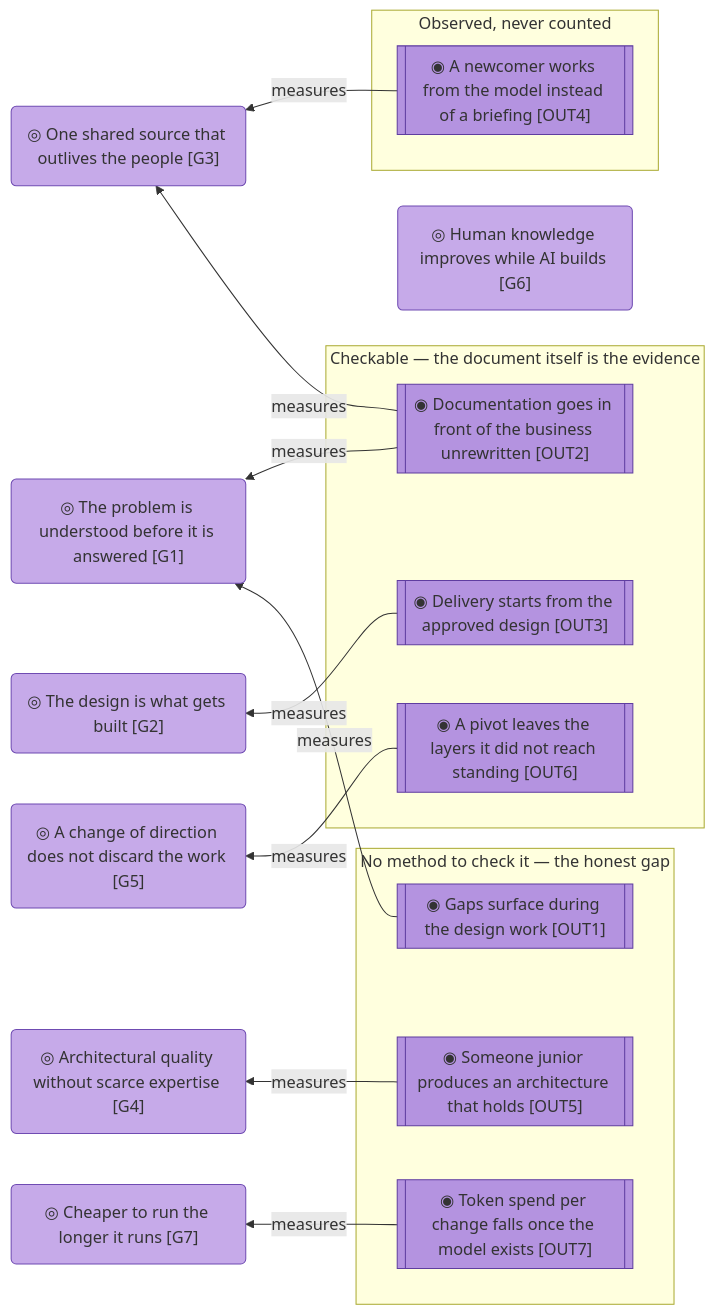
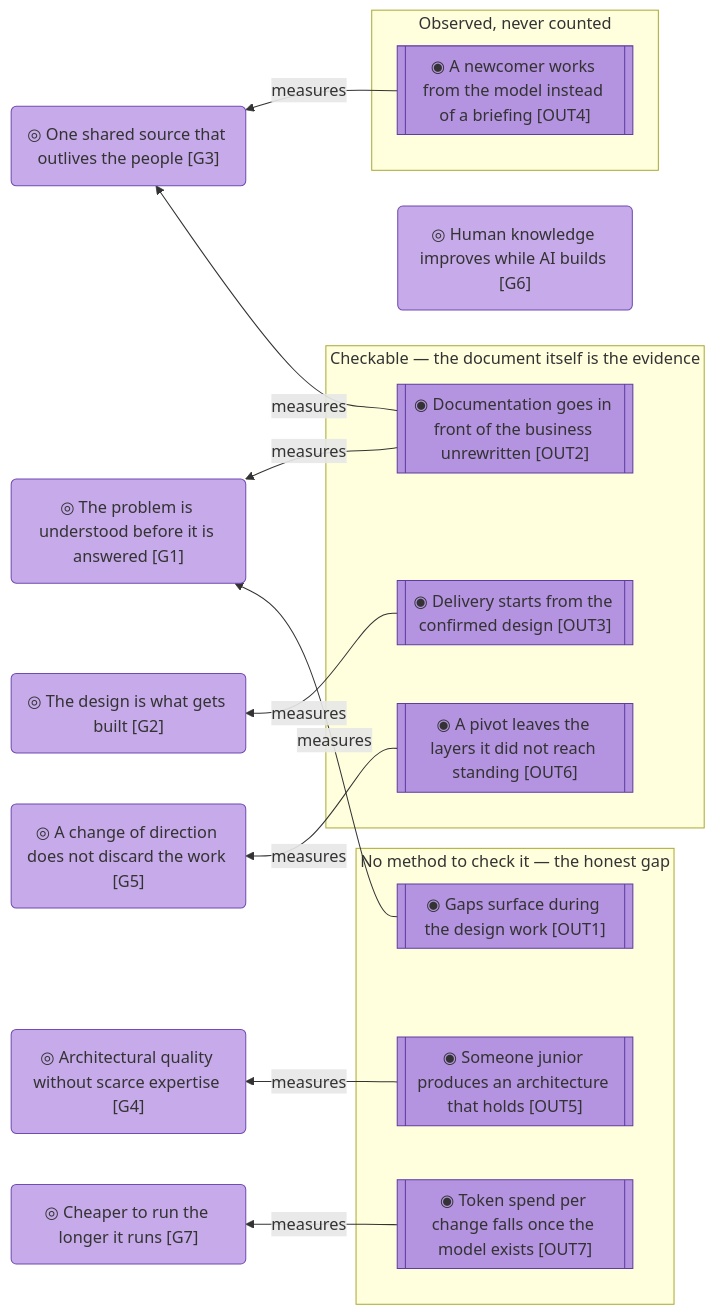
Before and after one commit to roanboc/architecture-archreator: the third of 3 diagrams in org-archreator/architecture/1_strategy/1_motivation.md, drawn with Mermaid. The commit also changed other lines of this file and 17 other files, not shown here.

````diff
--- a/org-archreator/architecture/1_strategy/1_motivation.md
+++ b/org-archreator/architecture/1_strategy/1_motivation.md
@@ -133,38 +133,38 @@
 ```mermaid
 flowchart RL
   subgraph checkable["Checkable — the document itself is the evidence"]
     o2[["◉ Documentation goes in front of the business unrewritten [OUT2]"]]:::outcome
-    o3[["◉ Delivery starts from the approved design [OUT3]"]]:::outcome
+    o3[["◉ Delivery starts from the confirmed design [OUT3]"]]:::outcome
     o6[["◉ A pivot leaves the layers it did not reach standing [OUT6]"]]:::outcome
   end
 
   subgraph observed["Observed, never counted"]
     o4[["◉ A newcomer works from the model instead of a briefing [OUT4]"]]:::outcome
   end
 
   subgraph nomethod["No method to check it — the honest gap"]
     o1[["◉ Gaps surface during the design work [OUT1]"]]:::outcome
     o5[["◉ Someone junior produces an architecture that holds [OUT5]"]]:::outcome
     o7[["◉ Token spend per change falls once the model exists [OUT7]"]]:::outcome
   end
 
   g1("◎ The problem is understood before it is answered [G1]"):::goal
   g2("◎ The design is what gets built [G2]"):::goal
   g3("◎ One shared source that outlives the people [G3]"):::goal
   g4("◎ Architectural quality without scarce expertise [G4]"):::goal
   g5("◎ A change of direction does not discard the work [G5]"):::goal
   g6("◎ Human knowledge improves while AI builds [G6]"):::goal
   g7("◎ Cheaper to run the longer it runs [G7]"):::goal
 
   o1 -->|measures| g1
   o2 -->|measures| g1
   o2 -->|measures| g3
   o3 -->|measures| g2
   o4 -->|measures| g3
   o5 -->|measures| g4
   o6 -->|measures| g5
   o7 -->|measures| g7
 
   classDef goal fill:#c6aae9,stroke:#6f4bb2,color:#333
   classDef outcome fill:#b493e0,stroke:#5f3da0,color:#333
 ```
````
